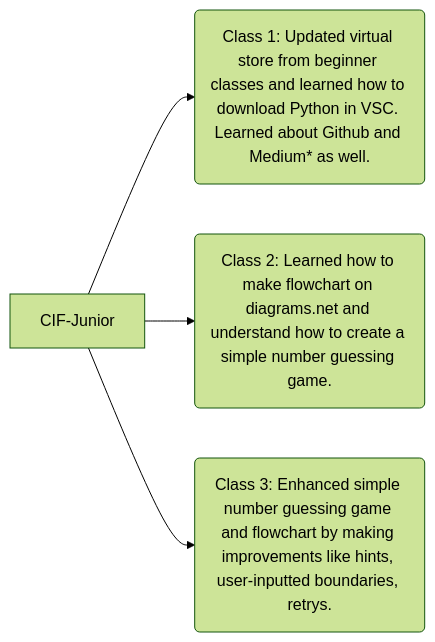
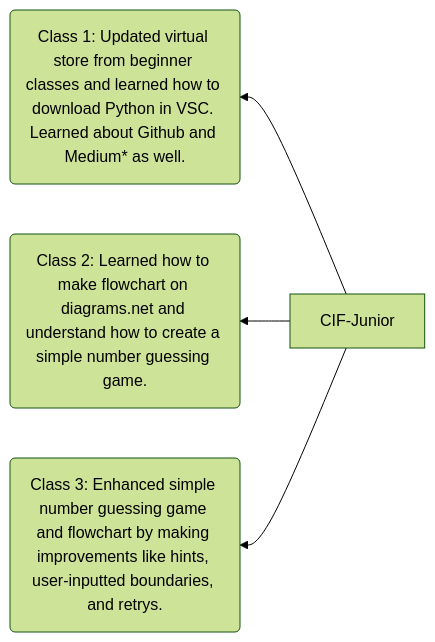
One commit to deoclabber/CIF-Junior changed the diagram in README.md. Above: the diagram before and after it, drawn with Mermaid (forest theme). The commit also changed other lines of this file, not shown here.

````diff
--- a/README.md
+++ b/README.md
@@ -9,7 +10,7 @@
 ```mermaid
-graph LR;
+graph RL;
   A[CIF-Junior] --> B(Class 1: Updated virtual store from beginner classes and learned how to download Python in VSC. Learned about Github and Medium* as well.);
   A --> C(Class 2: Learned how to make flowchart on diagrams.net and understand how to create a simple number guessing game.);
-  A --> D(Class 3: Enhanced simple number guessing game and flowchart by making improvements like hints, user-inputted boundaries, retrys.);
+  A --> D(Class 3: Enhanced simple number guessing game and flowchart by making improvements like hints, user-inputted boundaries, and retrys.);
 
 ```
````
